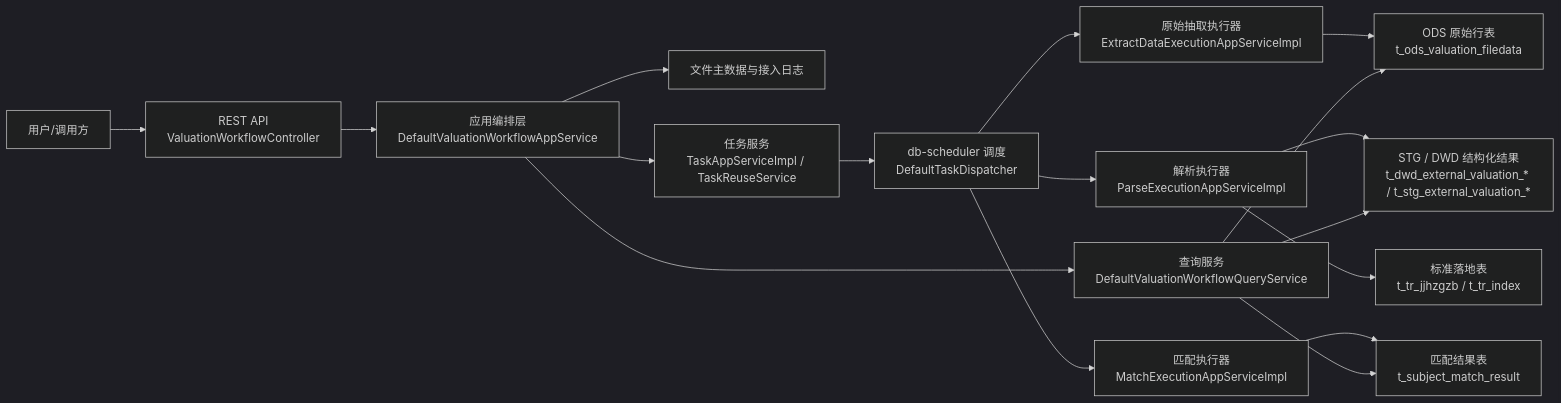
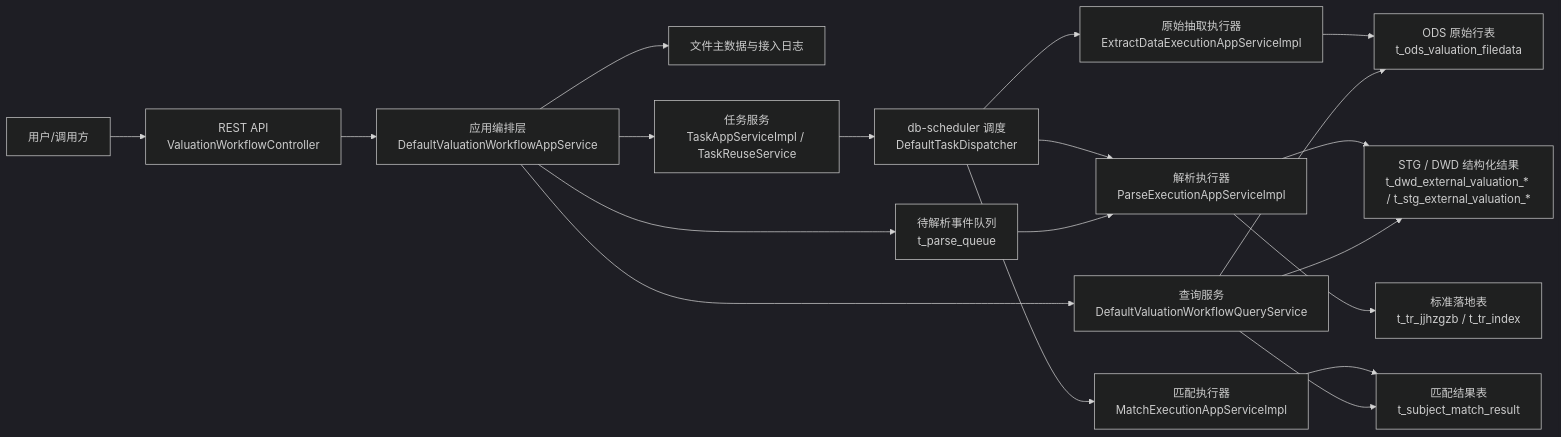
One commit to iloveZzz/valset-standardizer-java changed the first of 2 diagrams in docs/architecture-overview.md. Above: the diagram before and after it, drawn with Mermaid (dark theme). The commit also changed other lines of this file and 183 other files, not shown here.

````diff
--- a/docs/architecture-overview.md
+++ b/docs/architecture-overview.md
@@ -61,19 +61,21 @@
 ```mermaid
 flowchart LR
     U["用户/调用方"] --> C["REST API<br/>ValuationWorkflowController"]
     C --> A["应用编排层<br/>DefaultValuationWorkflowAppService"]
     A --> F["文件主数据与接入日志"]
     A --> T["任务服务<br/>TaskAppServiceImpl / TaskReuseService"]
     T --> Q["db-scheduler 调度<br/>DefaultTaskDispatcher"]
     Q --> E1["原始抽取执行器<br/>ExtractDataExecutionAppServiceImpl"]
     Q --> E2["解析执行器<br/>ParseExecutionAppServiceImpl"]
     Q --> E3["匹配执行器<br/>MatchExecutionAppServiceImpl"]
     E1 --> ODS["ODS 原始行表<br/>t_ods_valuation_filedata"]
+    A --> PQ["待解析事件队列<br/>t_parse_queue"]
+    PQ --> E2
     E2 --> STG["STG / DWD 结构化结果<br/>t_dwd_external_valuation_* / t_stg_external_valuation_*"]
     E2 --> TR["标准落地表<br/>t_tr_jjhzgzb / t_tr_index"]
     E3 --> RES["匹配结果表<br/>t_subject_match_result"]
     A --> QRY["查询服务<br/>DefaultValuationWorkflowQueryService"]
     QRY --> ODS
     QRY --> STG
     QRY --> RES
 ```
````
